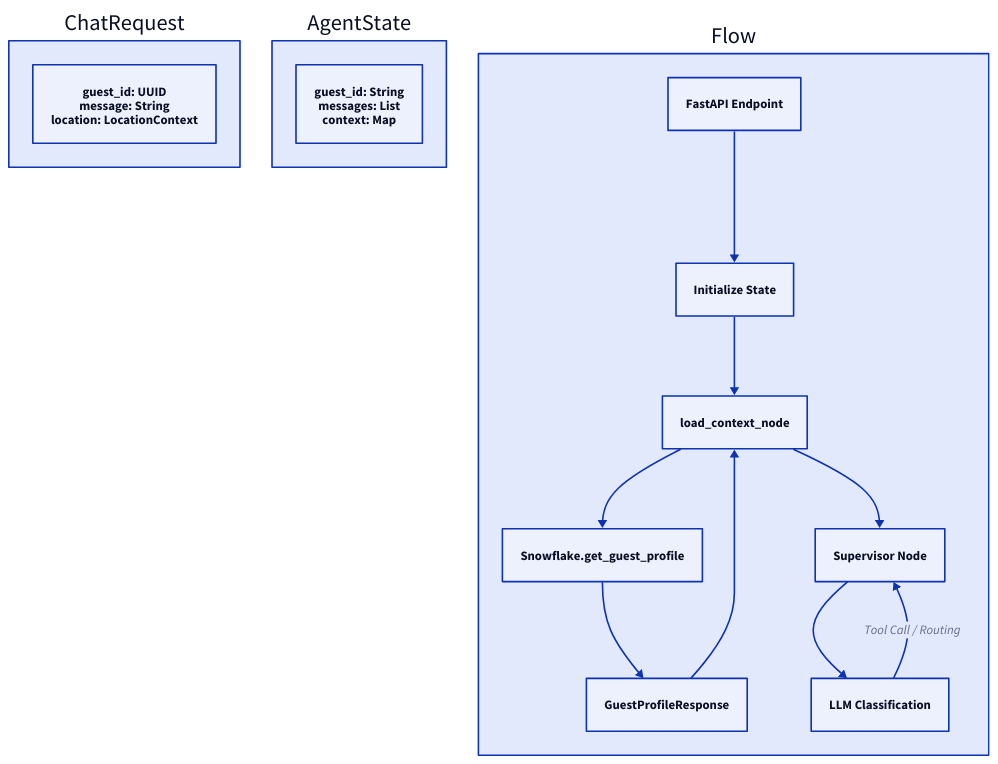
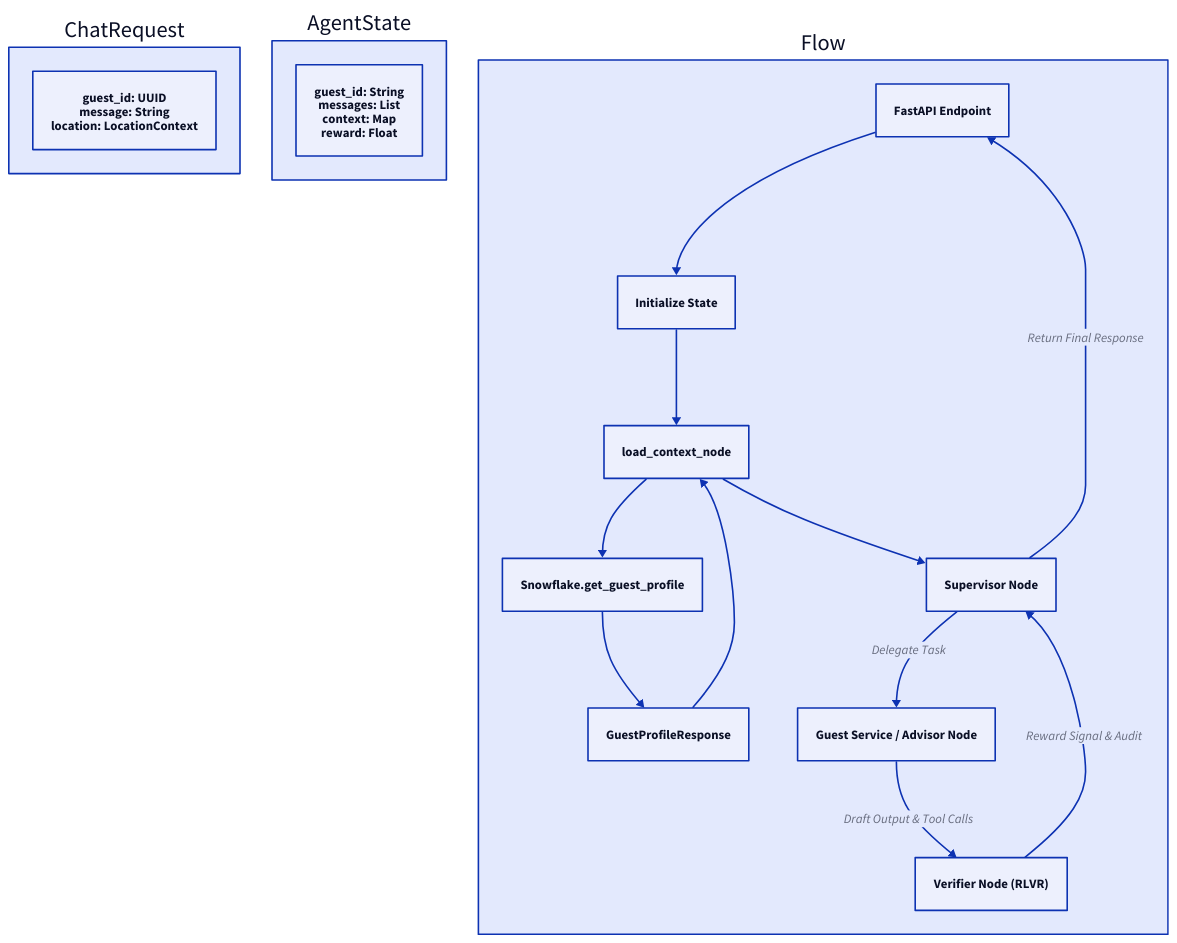
The diagram in docs/data_flow.d2 (jgfurlan/neurotask-agent), drawn with D2 before and after one commit. The commit also changed 18 other files, not shown here.

First line of the commit message:
docs: align architecture D2 diagrams with Carnival ecosystem

```diff
--- a/docs/data_flow.d2
+++ b/docs/data_flow.d2
@@ -1,30 +1,33 @@
 direction: down
 
 Request: {
   label: "ChatRequest"
   content: "guest_id: UUID\nmessage: String\nlocation: LocationContext"
 }
 
 State: {
   label: "AgentState"
-  content: "guest_id: String\nmessages: List\ncontext: Map"
+  content: "guest_id: String\nmessages: List\ncontext: Map\nreward: Float"
 }
 
 Flow: {
   API: "FastAPI Endpoint"
   Init: "Initialize State"
   Load: "load_context_node"
   DB: "Snowflake.get_guest_profile"
   Profile: "GuestProfileResponse"
   Sup: "Supervisor Node"
-  LLM: "LLM Classification"
+  Worker: "Guest Service / Advisor Node"
+  Verifier: "Verifier Node (RLVR)"
 
   API -> Init
   Init -> Load
   Load -> DB
   DB -> Profile
   Profile -> Load
   Load -> Sup
-  Sup -> LLM
-  LLM -> Sup: "Tool Call / Routing"
+  Sup -> Worker: "Delegate Task"
+  Worker -> Verifier: "Draft Output & Tool Calls"
+  Verifier -> Sup: "Reward Signal & Audit"
+  Sup -> API: "Return Final Response"
 }
```
